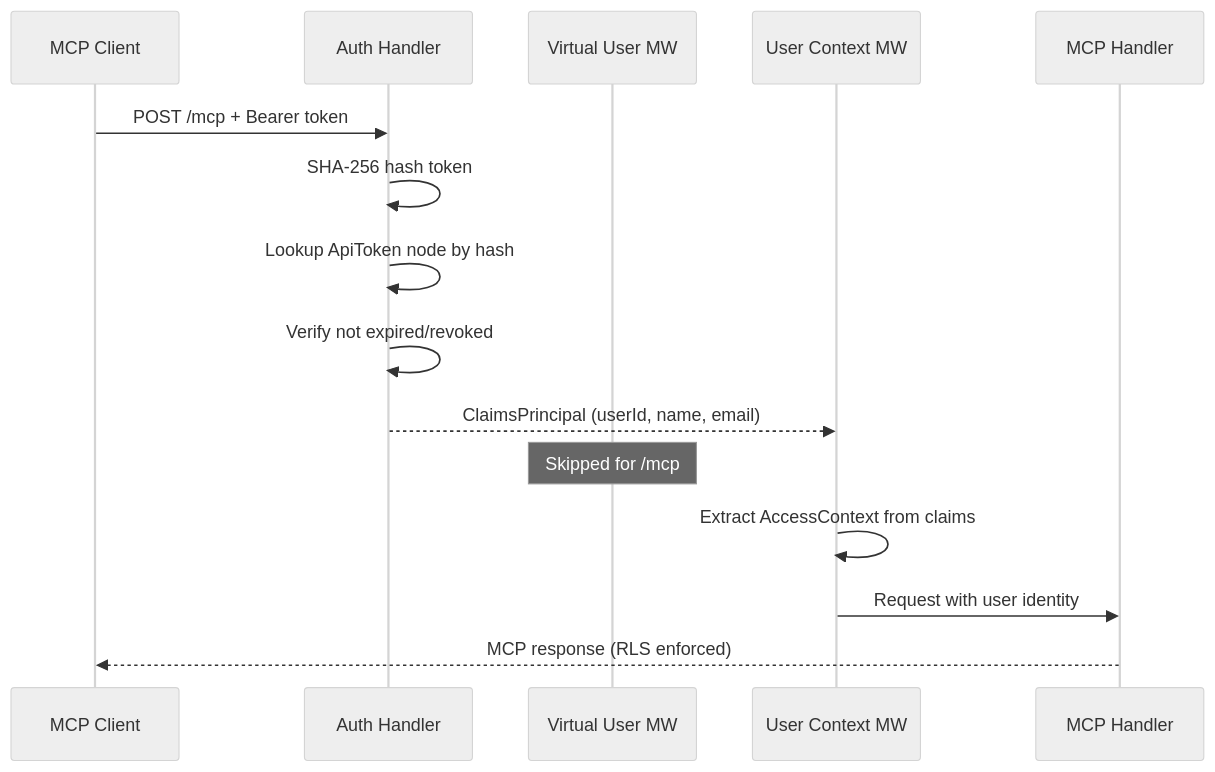
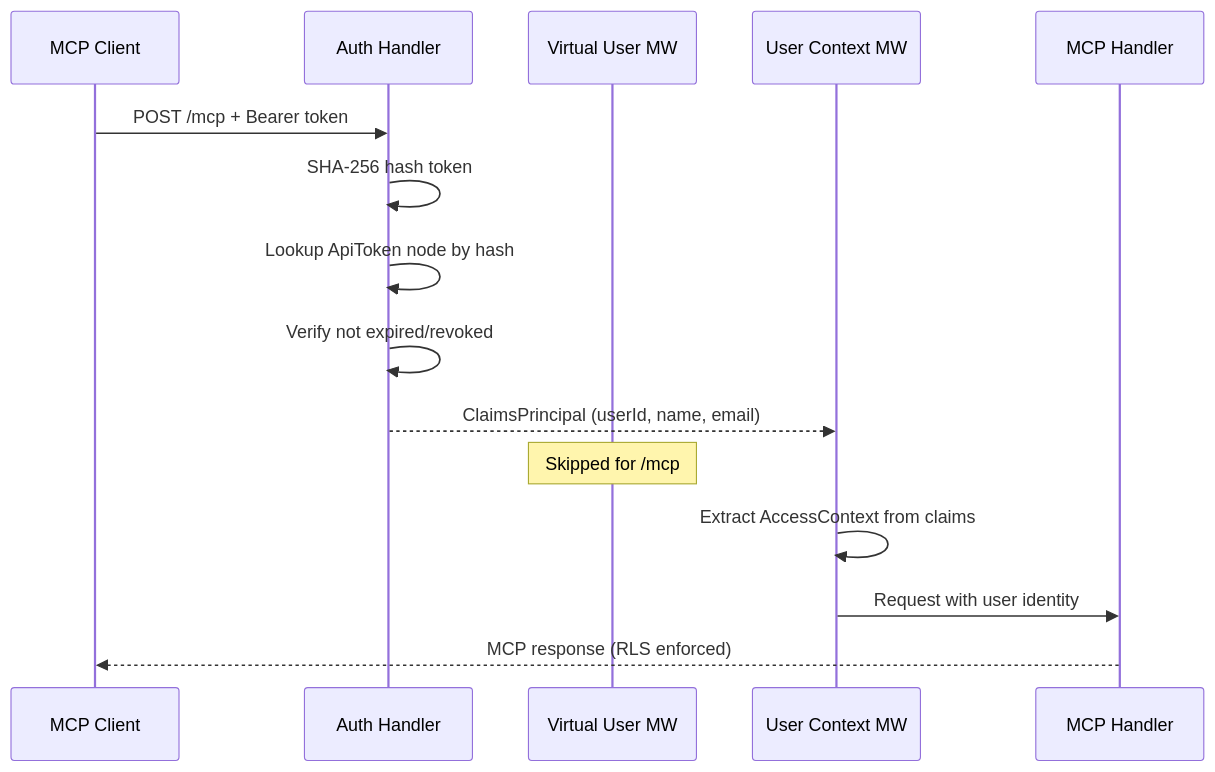
The diagram in src/MeshWeaver.Documentation/Data/AI/McpAuthentication.md (Systemorph/MeshWeaver), drawn with Mermaid before and after one commit. The commit also changed 44 other files, not shown here.

````diff
--- a/src/MeshWeaver.Documentation/Data/AI/McpAuthentication.md
+++ b/src/MeshWeaver.Documentation/Data/AI/McpAuthentication.md
@@ -146,19 +146,18 @@
 ```mermaid
-%%{init: {'theme':'neutral', 'themeVariables': {'fontSize':'14px'}}}%%
 sequenceDiagram
     participant Client as MCP Client
     participant Auth as Auth Handler
     participant VUM as Virtual User MW
     participant UCM as User Context MW
     participant MCP as MCP Handler
 
     Client->>Auth: POST /mcp + Bearer token
     Auth->>Auth: SHA-256 hash token
     Auth->>Auth: Lookup ApiToken node by hash
     Auth->>Auth: Verify not expired/revoked
     Auth-->>UCM: ClaimsPrincipal (userId, name, email)
     Note over VUM: Skipped for /mcp
     UCM->>UCM: Extract AccessContext from claims
     UCM->>MCP: Request with user identity
     MCP-->>Client: MCP response (RLS enforced)
 ```
````
